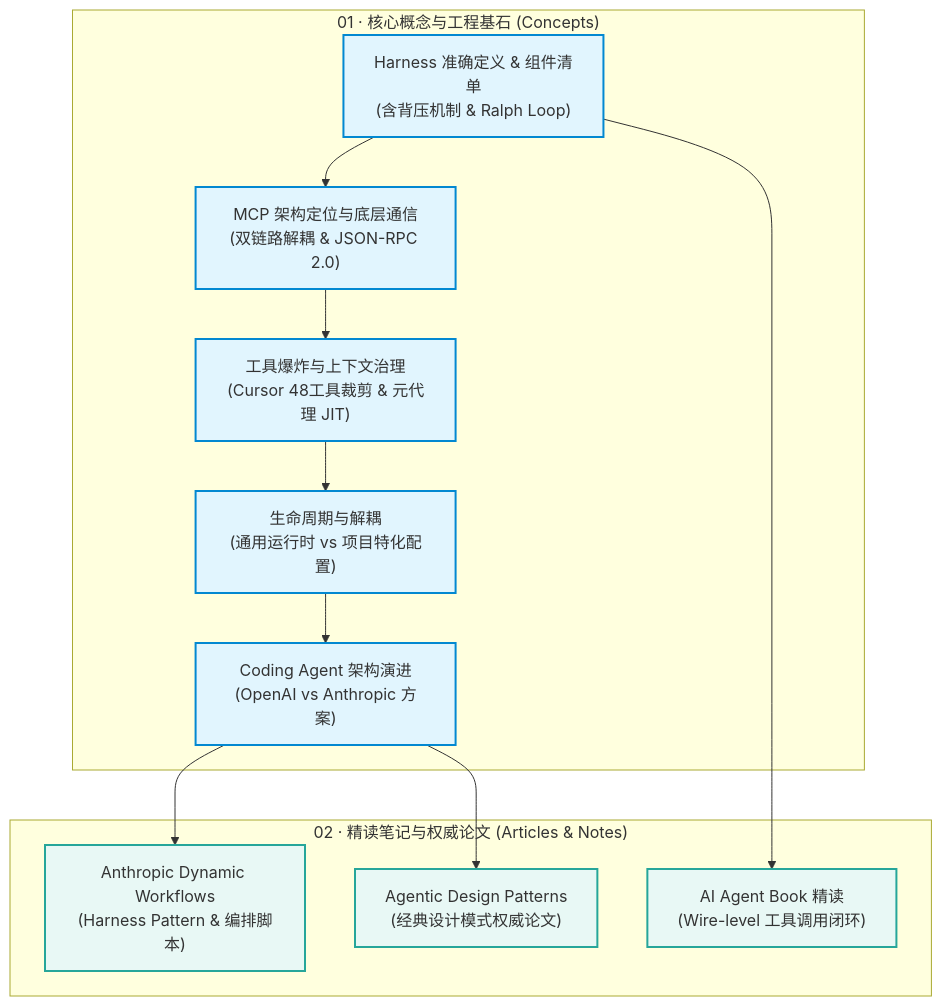
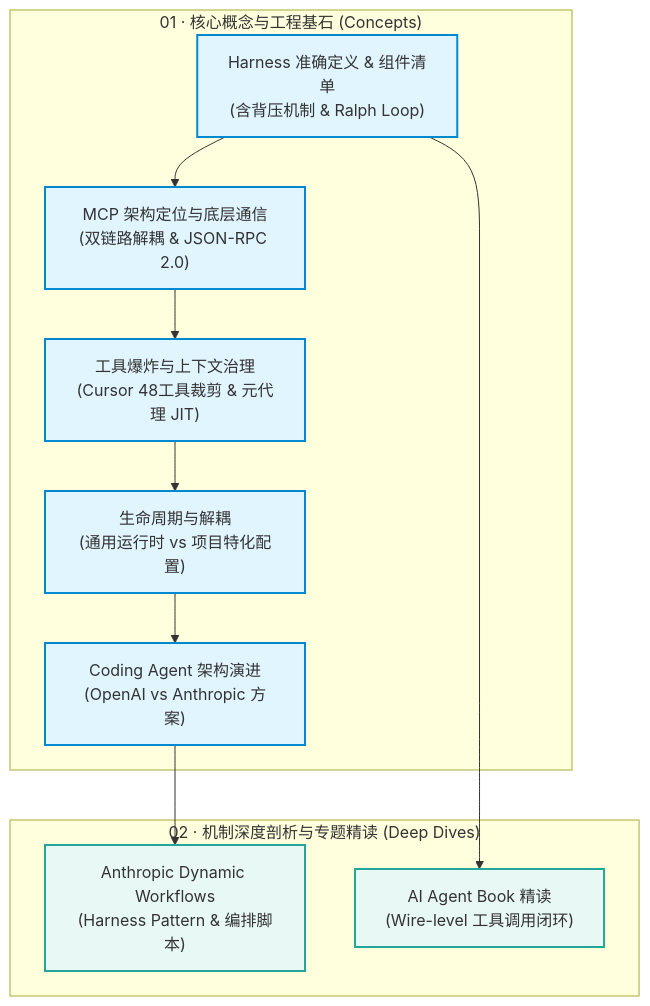
Before and after one commit to Yajing-Z/llm-agent-learning: the diagram in README.md, drawn with Mermaid. The commit also changed other lines of this file and 2 other files, not shown here.

````diff
--- a/README.md
+++ b/README.md
@@ -11,24 +11,22 @@
 ```mermaid
 graph TD
     classDef concept fill:#e1f5fe,stroke:#0288d1,stroke-width:2px;
     classDef practice fill:#e8f8f5,stroke:#26a69a,stroke-width:2px;
 
     subgraph C1["01 · 核心概念与工程基石 (Concepts)"]
         HD["Harness 准确定义 & 组件清单<br/>(含背压机制 & Ralph Loop)"]:::concept
         MCP["MCP 架构定位与底层通信<br/>(双链路解耦 & JSON-RPC 2.0)"]:::concept
         TE["工具爆炸与上下文治理<br/>(Cursor 48工具裁剪 & 元代理 JIT)"]:::concept
         HL["生命周期与解耦<br/>(通用运行时 vs 项目特化配置)"]:::concept
         CA["Coding Agent 架构演进<br/>(OpenAI vs Anthropic 方案)"]:::concept
     end
 
-    subgraph C2["02 · 精读笔记与权威论文 (Articles & Notes)"]
+    subgraph C2["02 · 机制深度剖析与专题精读 (Deep Dives)"]
         ADW["Anthropic Dynamic Workflows<br/>(Harness Pattern & 编排脚本)"]:::practice
         BOOK["AI Agent Book 精读<br/>(Wire-level 工具调用闭环)"]:::practice
-        ADP["Agentic Design Patterns<br/>(经典设计模式权威论文)"]:::practice
     end
 
     HD --> MCP --> TE --> HL --> CA
     CA --> ADW
     HD --> BOOK
-    CA --> ADP
 ```
````
